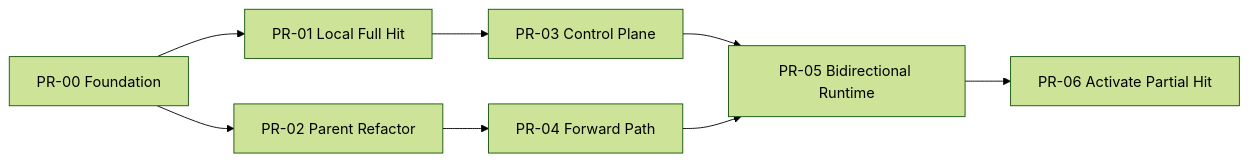
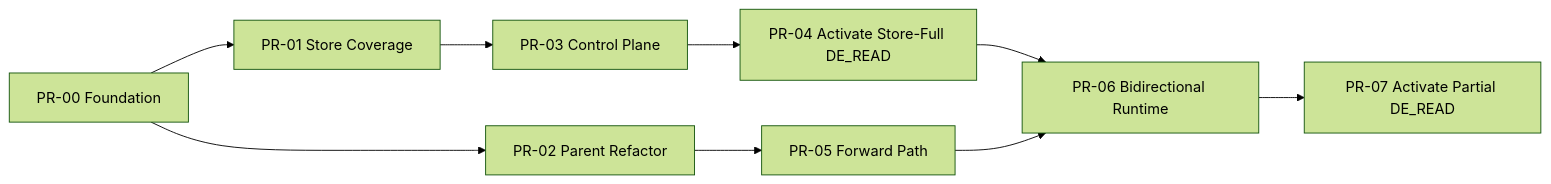
One commit to mazifan0120/vllm-ascend changed the diagram in .specs/dual-path-stage1/TRACKING.md. Above: the diagram before and after it, drawn with Mermaid (forest theme). The commit also changed other lines of this file and 14 other files, not shown here.

````diff
--- a/.specs/dual-path-stage1/TRACKING.md
+++ b/.specs/dual-path-stage1/TRACKING.md
@@ -26,10 +28,11 @@
 ```mermaid
 flowchart LR
-    P0["PR-00 Foundation"] --> P1["PR-01 Local Full Hit"]
+    P0["PR-00 Foundation"] --> P1["PR-01 Store Coverage"]
     P0 --> P2["PR-02 Parent Refactor"]
     P1 --> P3["PR-03 Control Plane"]
-    P2 --> P4["PR-04 Forward Path"]
-    P3 --> P5["PR-05 Bidirectional Runtime"]
-    P4 --> P5
-    P5 --> P6["PR-06 Activate Partial Hit"]
+    P3 --> P4["PR-04 Activate Store-Full DE_READ"]
+    P2 --> P5["PR-05 Forward Path"]
+    P4 --> P6["PR-06 Bidirectional Runtime"]
+    P5 --> P6
+    P6 --> P7["PR-07 Activate Partial DE_READ"]
 ```
````
